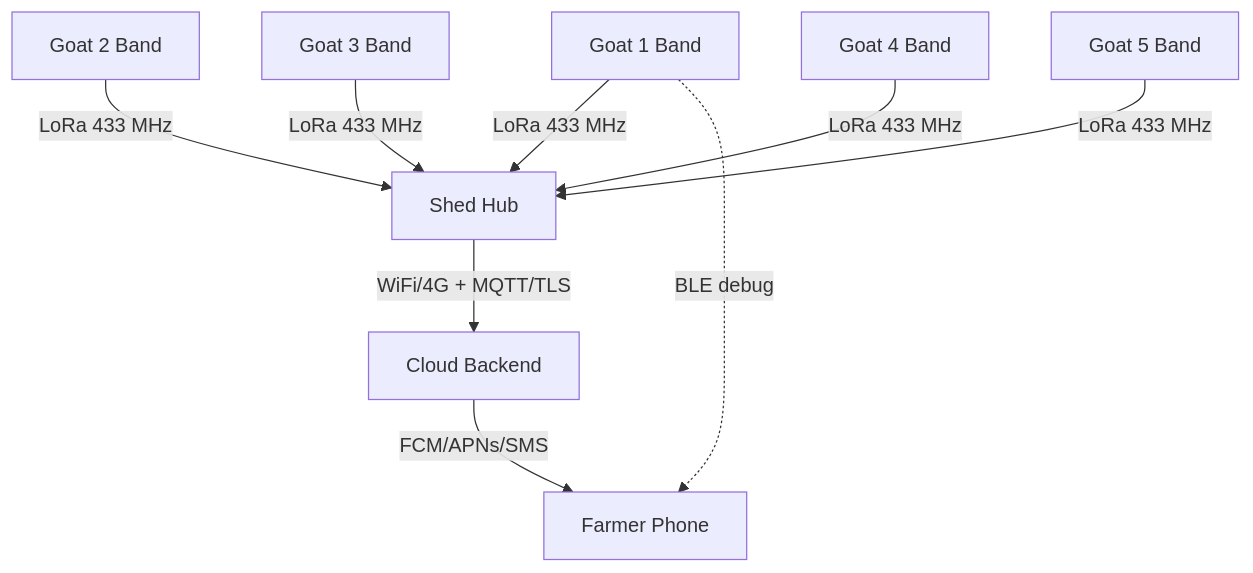
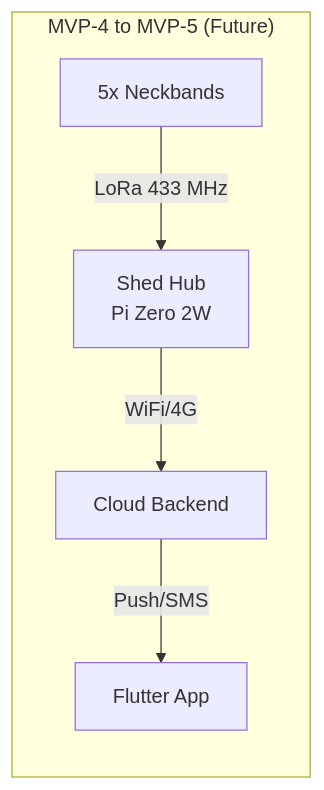
Before and after one commit to MYP-Tech/smart-goat-health-band: the second of 3 diagrams in docs/02_SYSTEM_ARCHITECTURE.md, drawn with Mermaid. The commit also changed other lines of this file and 6 other files, not shown here.

````diff
--- a/docs/02_SYSTEM_ARCHITECTURE.md
+++ b/docs/02_SYSTEM_ARCHITECTURE.md
@@ -203,11 +39,8 @@
 ```mermaid
-graph TB
-    G1["Goat 1 Band"] -->|LoRa 433 MHz| HUB["Shed Hub"]
-    G2["Goat 2 Band"] -->|LoRa 433 MHz| HUB
-    G3["Goat 3 Band"] -->|LoRa 433 MHz| HUB
-    G4["Goat 4 Band"] -->|LoRa 433 MHz| HUB
-    G5["Goat 5 Band"] -->|LoRa 433 MHz| HUB
-    HUB -->|WiFi/4G + MQTT/TLS| CLOUD["Cloud Backend"]
-    CLOUD -->|FCM/APNs/SMS| PHONE["Farmer Phone"]
-    G1 -.->|BLE debug| PHONE
+graph LR
+    subgraph MVP4_5["MVP-4 to MVP-5 (Future)"]
+        BAND["5x Neckbands"] -->|LoRa 433 MHz| HUB["Shed Hub\nPi Zero 2W"]
+        HUB -->|WiFi/4G| CLOUD["Cloud Backend"]
+        CLOUD -->|Push/SMS| APP["Flutter App"]
+    end
 ```
````
